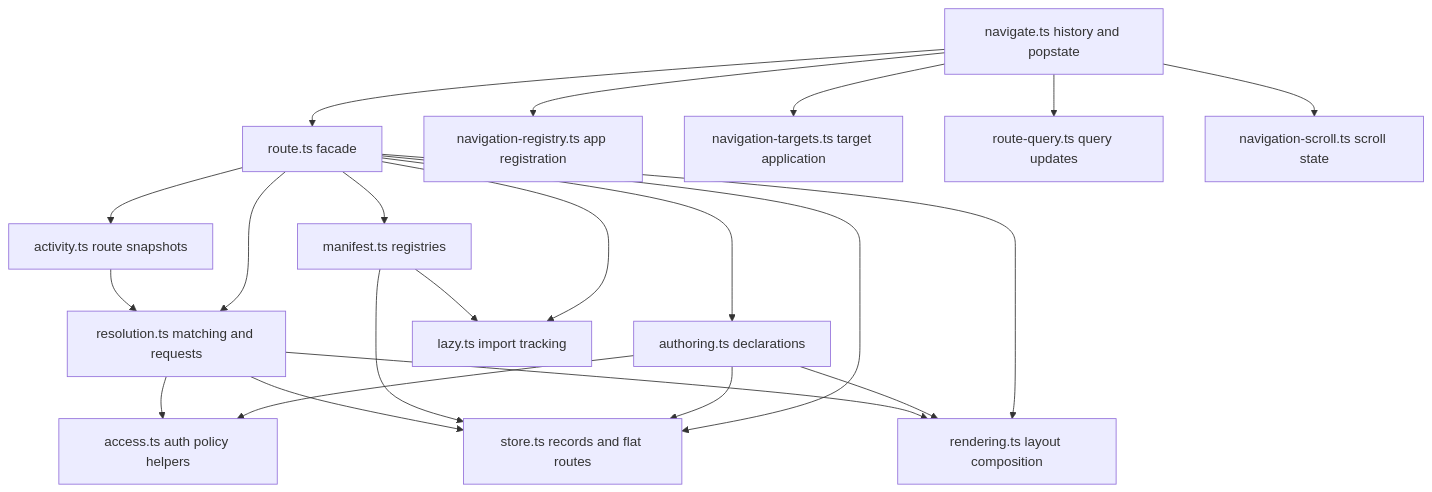
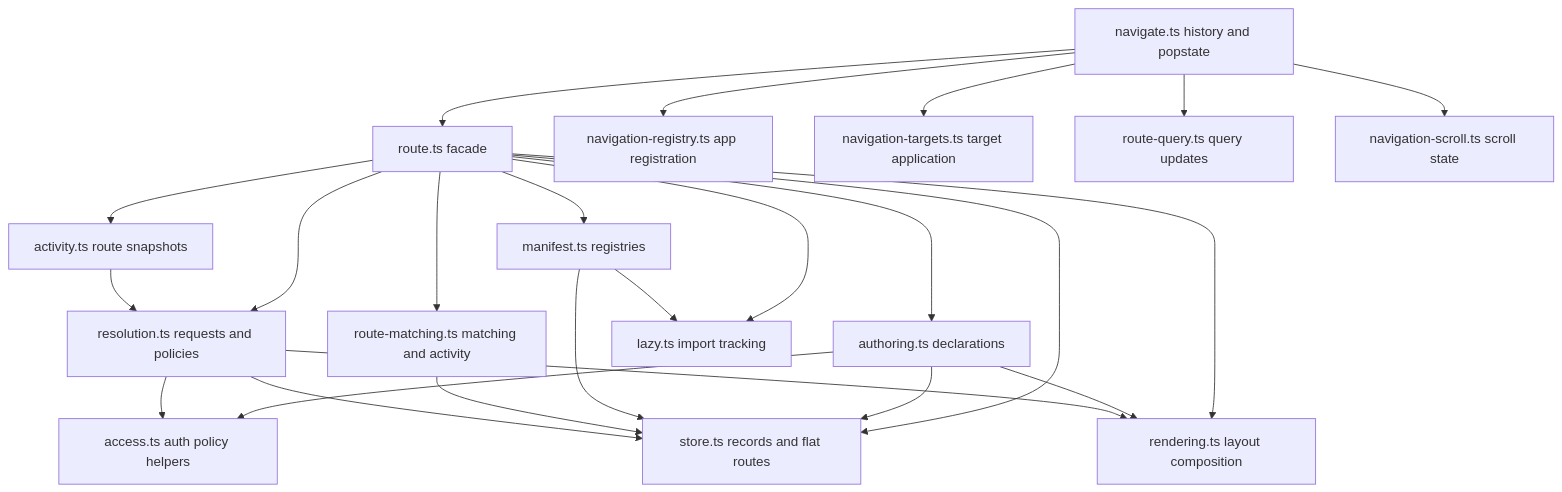
Before and after one commit to askrjs/askr: the diagram in docs/internals/router-manifest.md, drawn with Mermaid. The commit also changed other lines of this file and 105 other files, not shown here.

Commit message:
Clean up runtime architecture boundaries

````diff
--- a/docs/internals/router-manifest.md
+++ b/docs/internals/router-manifest.md
@@ -66,39 +68,42 @@
 ```mermaid
 flowchart TB
   facade[route.ts facade]
   authoring[authoring.ts declarations]
   store[store.ts records and flat routes]
   manifest[manifest.ts registries]
   rendering[rendering.ts layout composition]
-  resolution[resolution.ts matching and requests]
+  matching[route-matching.ts matching and activity]
+  resolution[resolution.ts requests and policies]
   activity[activity.ts route snapshots]
   access[access.ts auth policy helpers]
   lazy[lazy.ts import tracking]
   navigate[navigate.ts history and popstate]
   registry[navigation-registry.ts app registration]
   targets[navigation-targets.ts target application]
   routeQuery[route-query.ts query updates]
   scroll[navigation-scroll.ts scroll state]
 
   facade --> authoring
   facade --> store
   facade --> manifest
   facade --> rendering
+  facade --> matching
   facade --> resolution
   facade --> activity
   facade --> lazy
   authoring --> access
   authoring --> store
   authoring --> rendering
   manifest --> store
   manifest --> lazy
+  matching --> store
   resolution --> access
   resolution --> store
   resolution --> rendering
   activity --> resolution
   navigate --> facade
   navigate --> registry
   navigate --> targets
   navigate --> routeQuery
   navigate --> scroll
 ```
````
